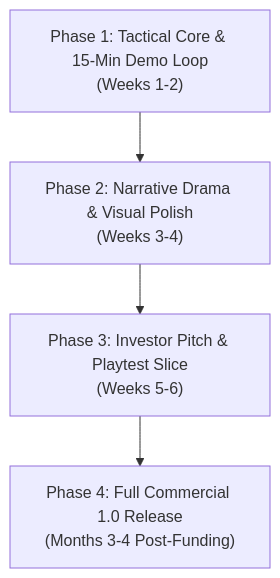
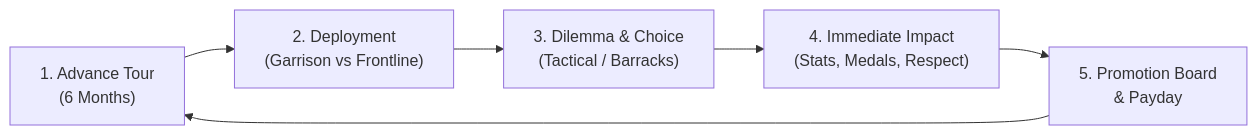
The second of 3 diagrams in docs/GAME_ENDPOINT_AND_PHASE_ROADMAP.md (gargnikunj991-ux/army-life-simulator), drawn with Mermaid before and after one commit. The commit also changed other lines of this file and 26 other files, not shown here.

````diff
--- a/docs/GAME_ENDPOINT_AND_PHASE_ROADMAP.md
+++ b/docs/GAME_ENDPOINT_AND_PHASE_ROADMAP.md
@@ -75,6 +43,8 @@
 ```mermaid
-flowchart TD
-    P1["Phase 1: Tactical Core & 15-Min Demo Loop\n(Weeks 1-2)"] --> P2["Phase 2: Narrative Drama & Visual Polish\n(Weeks 3-4)"]
-    P2 --> P3["Phase 3: Investor Pitch & Playtest Slice\n(Weeks 5-6)"]
-    P3 --> P4["Phase 4: Full Commercial 1.0 Release\n(Months 3-4 Post-Funding)"]
+flowchart LR
+    A["1. Advance Tour\n(6 Months)"] --> B["2. Deployment\n(Garrison vs Frontline)"]
+    B --> C["3. Dilemma & Choice\n(Tactical / Barracks)"]
+    C --> D["4. Immediate Impact\n(Stats, Medals, Respect)"]
+    D --> E["5. Promotion Board\n& Payday"]
+    E --> A
 ```
````
